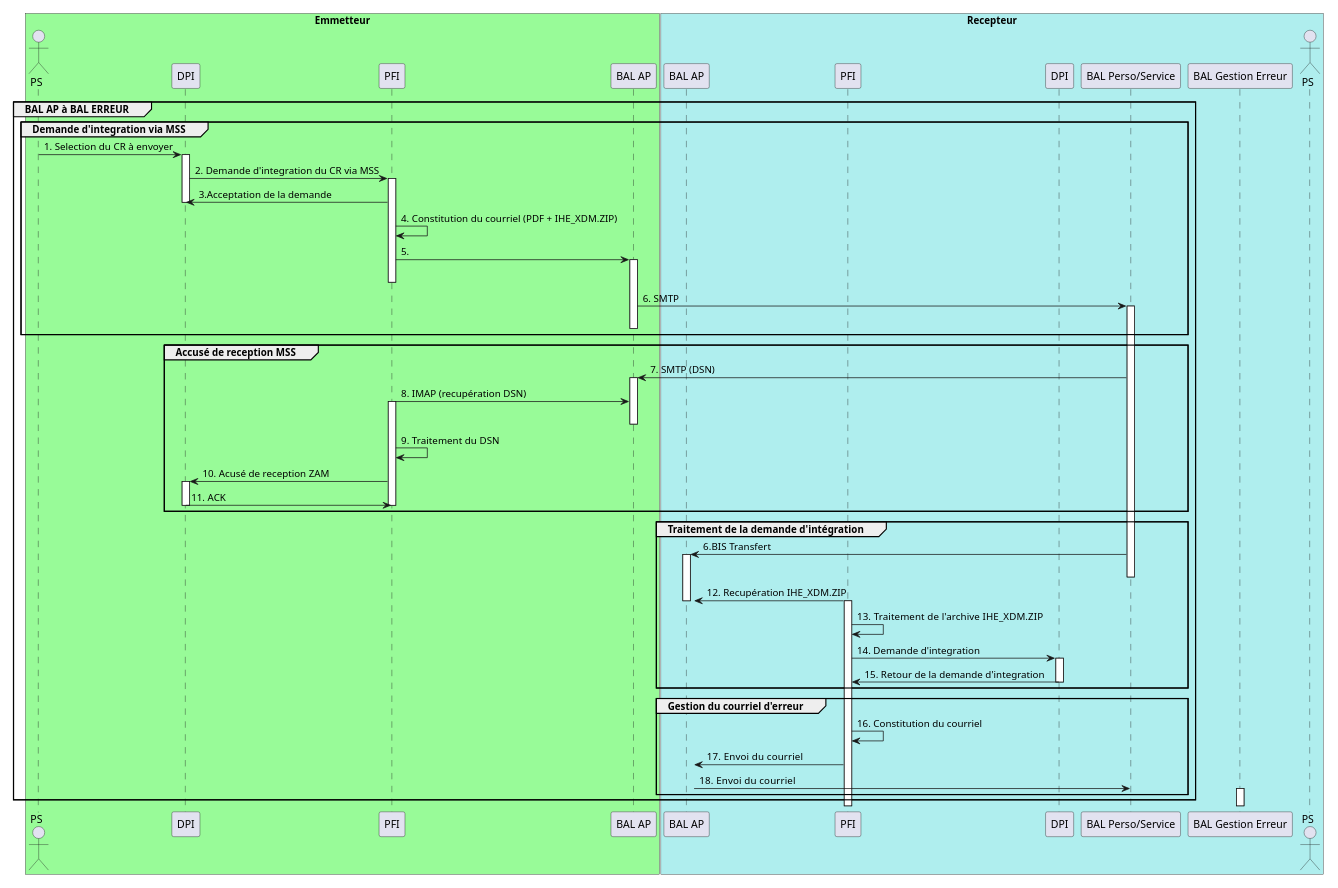
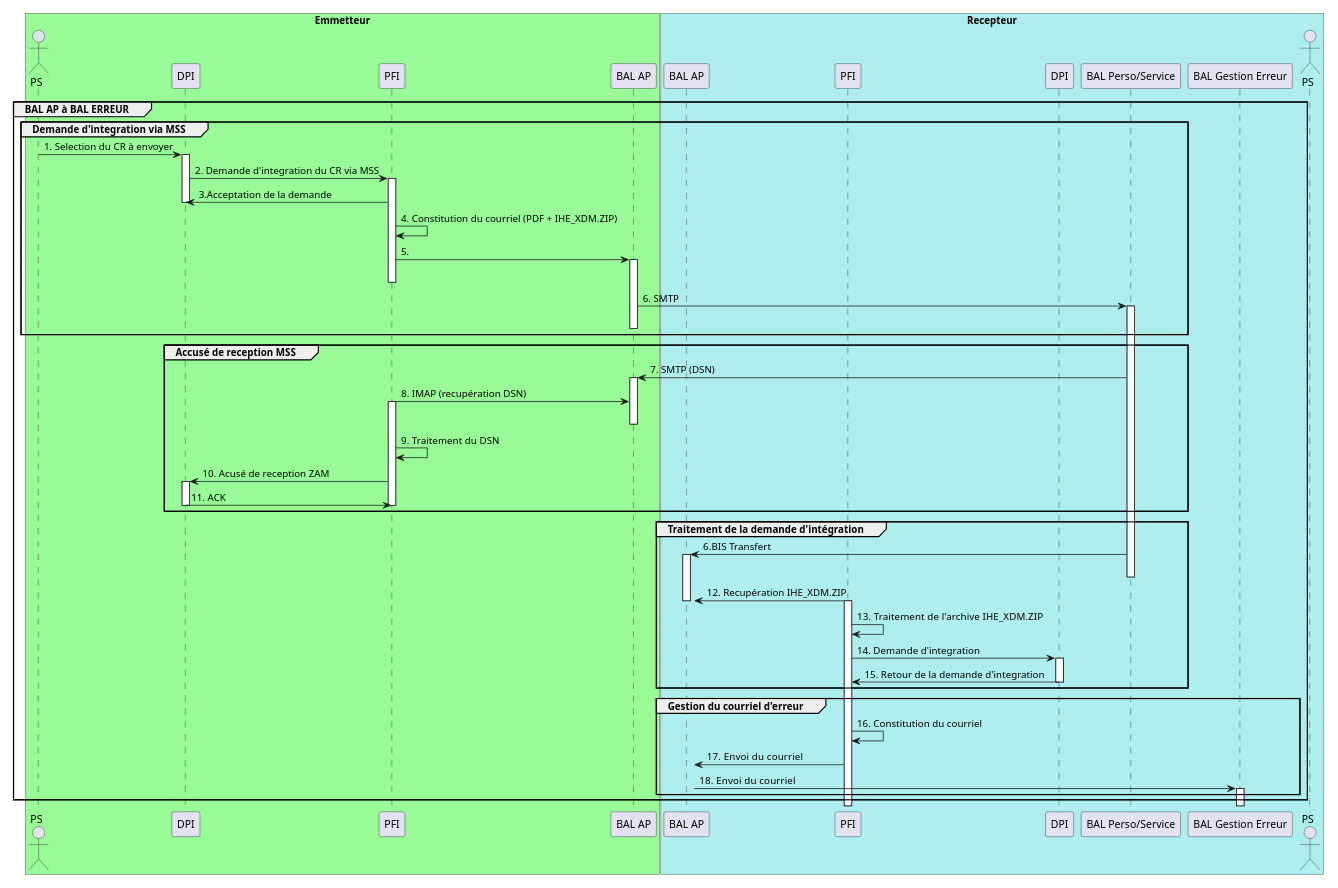
Before and after one commit to ansforge/IG-hl7v2-volet-trans-lps-doc-cda-courriel-mss: the diagram in input/images-source/bal-erreur.plantuml, drawn with PlantUML.

```diff
--- a/input/images-source/bal-erreur.plantuml
+++ b/input/images-source/bal-erreur.plantuml
@@ -1,124 +1,124 @@
 @startuml
 scale 1024*768
 
 box  "Emmetteur" #palegreen
 actor "PS" as PSE
 participant "DPI" as DPIE
 participant "PFI" as PFIE
 participant "BAL AP" as MSSE
 end box
 
 box  "Support Editeur" #LightCoral
 
 end box
 
 
 box  "Recepteur" #paleturquoise
 participant "BAL AP" as MSSR
 participant "PFI" as PFIR
 participant "DPI" as DPIR
 participant "BAL Perso/Service" as BALP
 participant "BAL Gestion Erreur" as BALE
 Actor "PS" as PSR
 end box
 
 
 
 
 group BAL AP à BAL ERREUR
 
 
 
 group Demande d'integration via MSS
 PSE->DPIE:1. Selection du CR à envoyer
 	activate DPIE
 
 DPIE->PFIE:2. Demande d'integration du CR via MSS
 	activate PFIE
 
 PFIE->DPIE:3.Acceptation de la demande
 	deactivate DPIE
 
 PFIE->PFIE:4. Constitution du courriel (PDF + IHE_XDM.ZIP)
 
 PFIE->MSSE:5.
     activate MSSE
     deactivate PFIE
 
 MSSE->BALP:6. SMTP
     activate BALP
     deactivate MSSR
     deactivate MSSE
 
 
 
 end
 
 
 
 
 
 group Accusé de reception MSS
 
 BALP->MSSE:7. SMTP (DSN)
     deactivate MSSR
     activate MSSE
 
 
 PFIE->MSSE:8. IMAP (recupération DSN)
     activate PFIE
     deactivate MSSE
 
 PFIE->PFIE:9. Traitement du DSN
 
 
 PFIE->DPIE:10. Acusé de reception ZAM
     activate DPIE
 
 DPIE->PFIE:11. ACK
     deactivate DPIE
     deactivate PFIE
 
 end
 group Traitement de la demande d'intégration
 
 BALP->MSSR:6.BIS Transfert
     activate MSSR
     deactivate BALP
 
 PFIR->MSSR:12. Recupération IHE_XDM.ZIP
     activate PFIR
     activate MSSR
 
 PFIR->PFIR:13. Traitement de l'archive  IHE_XDM.ZIP
 
 PFIR->DPIR:14. Demande d'integration 
     activate DPIR
 
 
 DPIR->PFIR:15. Retour de la demande d'integration
     deactivate DPIR
 end
 
 group Gestion du courriel d'erreur
 
 
 PFIR->PFIR:16. Constitution du courriel
 
 PFIR->MSSR:17. Envoi  du courriel
 
-MSSR->BALP:18. Envoi  du courriel
+MSSR->BALE:18. Envoi  du courriel
     activate BALE
 end  
 end
 
 
 
 
 
 
 
 
 
     
 @enduml
```
